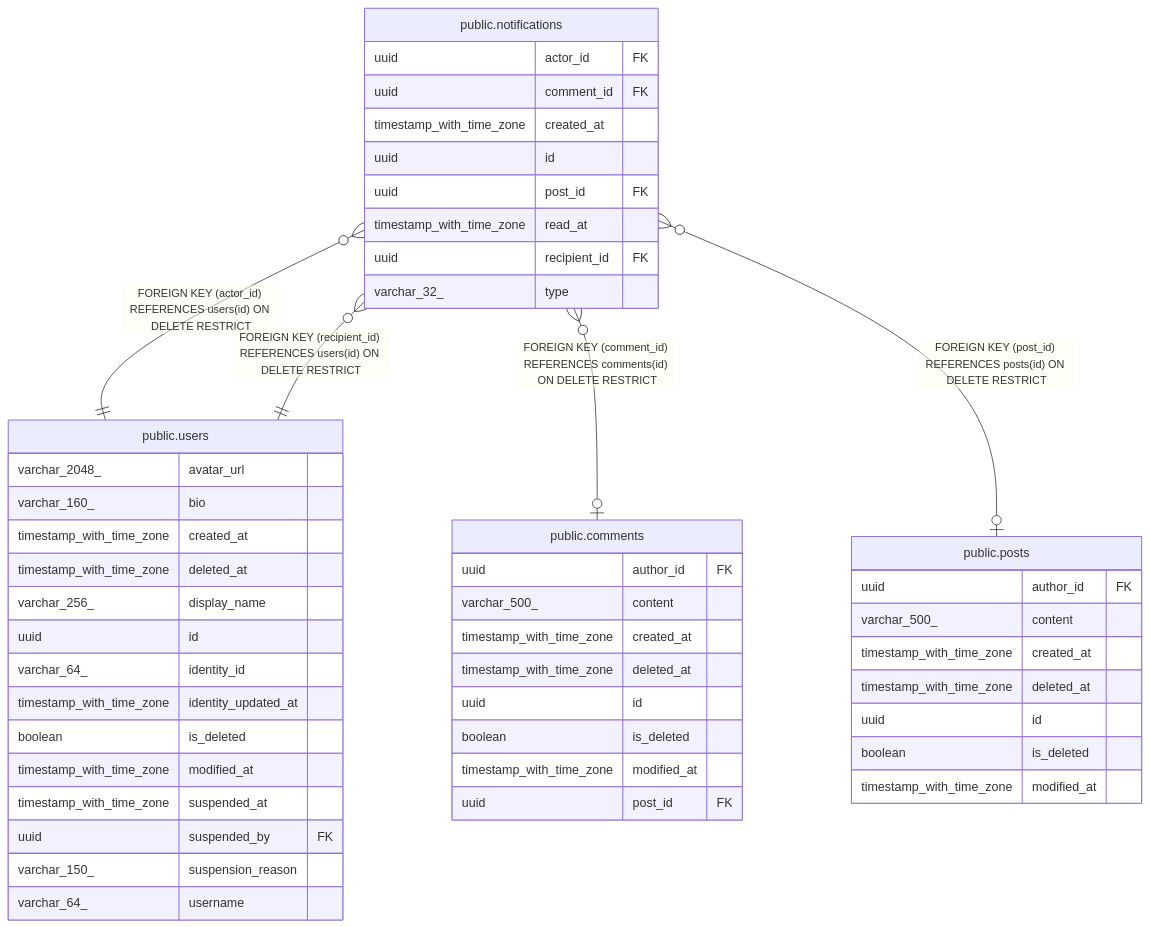
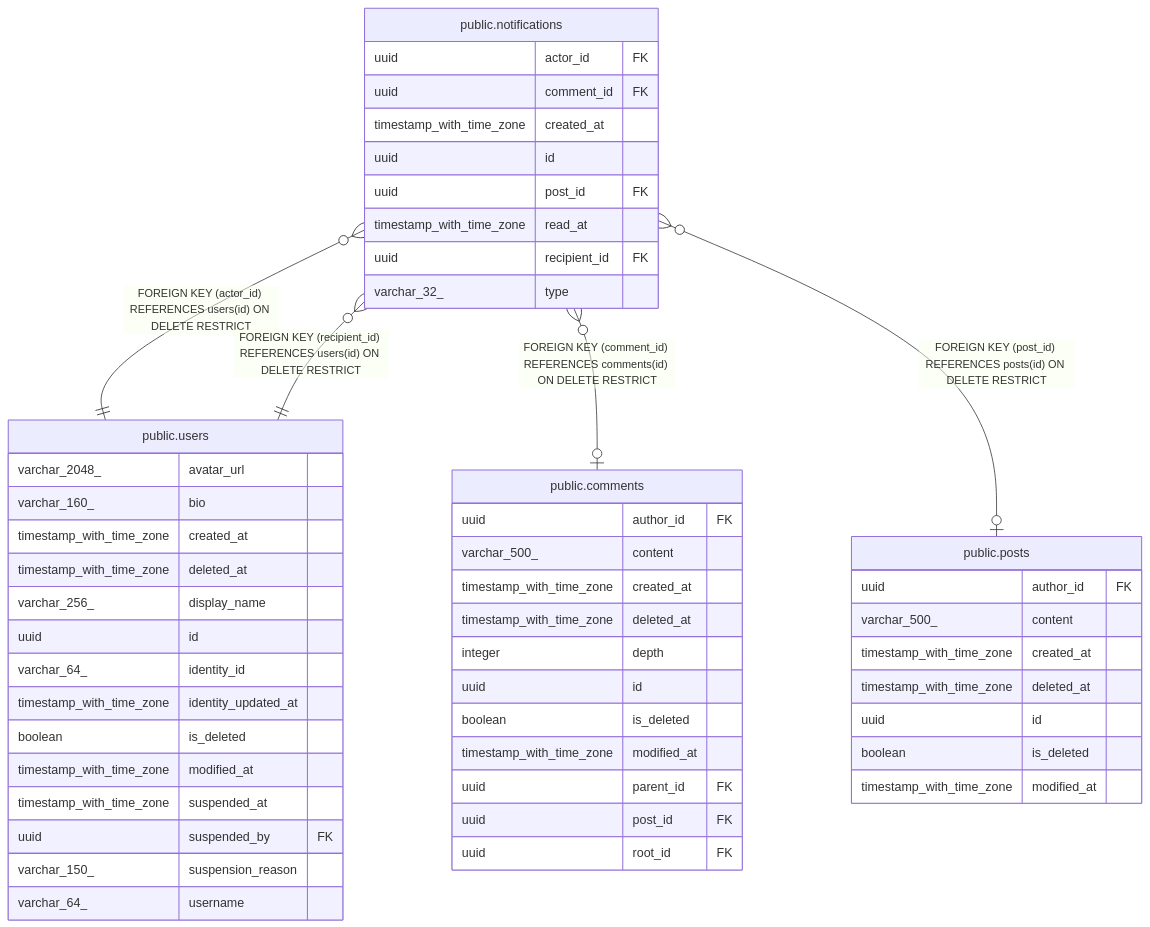
The diagram in docs/database/public.notifications.md (trduc2712/choco-api), drawn with Mermaid before and after one commit. The commit also changed 44 other files, not shown here.

````diff
--- a/docs/database/public.notifications.md
+++ b/docs/database/public.notifications.md
@@ -48,54 +48,57 @@
 ```mermaid
 erDiagram
 
 "public.notifications" }o--|| "public.users" : "FOREIGN KEY (actor_id) REFERENCES users(id) ON DELETE RESTRICT"
 "public.notifications" }o--o| "public.comments" : "FOREIGN KEY (comment_id) REFERENCES comments(id) ON DELETE RESTRICT"
 "public.notifications" }o--o| "public.posts" : "FOREIGN KEY (post_id) REFERENCES posts(id) ON DELETE RESTRICT"
 "public.notifications" }o--|| "public.users" : "FOREIGN KEY (recipient_id) REFERENCES users(id) ON DELETE RESTRICT"
 
 "public.notifications" {
   uuid actor_id FK
   uuid comment_id FK
   timestamp_with_time_zone created_at
   uuid id
   uuid post_id FK
   timestamp_with_time_zone read_at
   uuid recipient_id FK
   varchar_32_ type
 }
 "public.users" {
   varchar_2048_ avatar_url
   varchar_160_ bio
   timestamp_with_time_zone created_at
   timestamp_with_time_zone deleted_at
   varchar_256_ display_name
   uuid id
   varchar_64_ identity_id
   timestamp_with_time_zone identity_updated_at
   boolean is_deleted
   timestamp_with_time_zone modified_at
   timestamp_with_time_zone suspended_at
   uuid suspended_by FK
   varchar_150_ suspension_reason
   varchar_64_ username
 }
 "public.comments" {
   uuid author_id FK
   varchar_500_ content
   timestamp_with_time_zone created_at
   timestamp_with_time_zone deleted_at
+  integer depth
   uuid id
   boolean is_deleted
   timestamp_with_time_zone modified_at
+  uuid parent_id FK
   uuid post_id FK
+  uuid root_id FK
 }
 "public.posts" {
   uuid author_id FK
   varchar_500_ content
   timestamp_with_time_zone created_at
   timestamp_with_time_zone deleted_at
   uuid id
   boolean is_deleted
   timestamp_with_time_zone modified_at
 }
 ```
````
